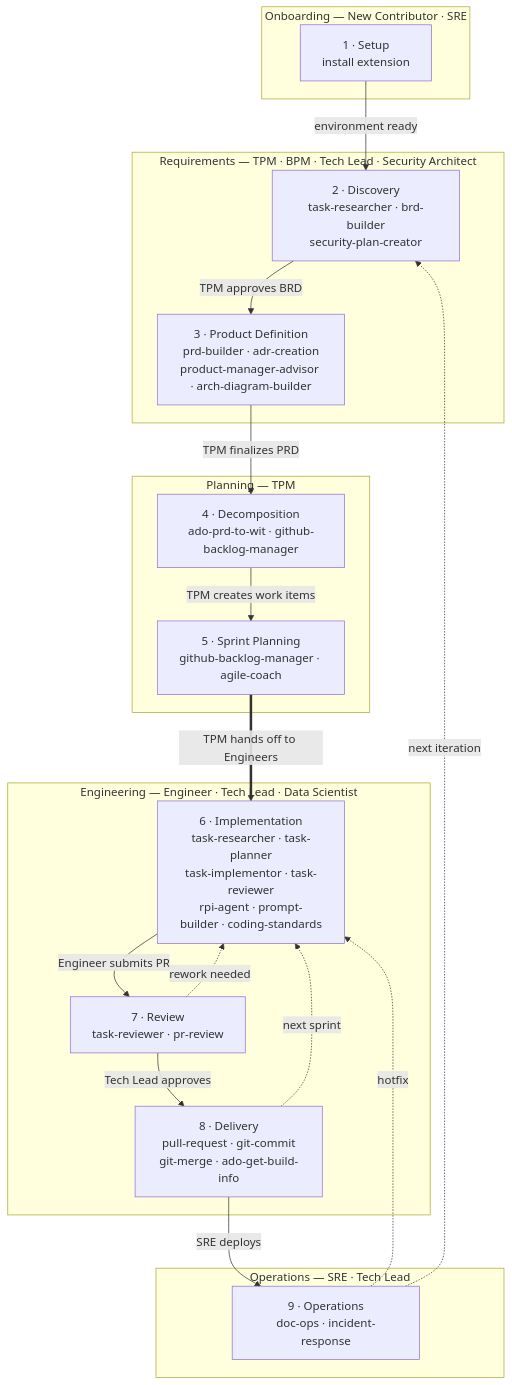
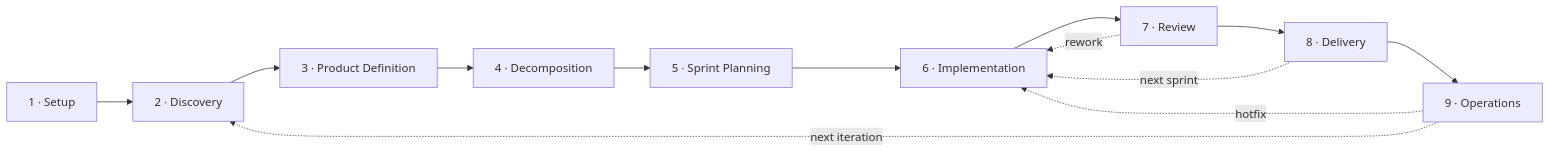
One commit to seekdavidlee/hve-core changed the first of 2 diagrams in docs/hve-guide/README.md. Above: the diagram before and after it, drawn with Mermaid. The commit also changed other lines of this file and 35 other files, not shown here.

````diff
--- a/docs/hve-guide/README.md
+++ b/docs/hve-guide/README.md
@@ -25,39 +25,15 @@
 ```mermaid
-flowchart TD
-    subgraph onboard["Onboarding — New Contributor · SRE"]
-        S1["1 · Setup<br/>install extension"]
-    end
-
-    subgraph requirements["Requirements — TPM · BPM · Tech Lead · Security Architect"]
-        S2["2 · Discovery<br/>task-researcher · brd-builder<br/>security-plan-creator"]
-        S3["3 · Product Definition<br/>prd-builder · adr-creation<br/>product-manager-advisor · arch-diagram-builder"]
-    end
-
-    subgraph planning["Planning — TPM"]
-        S4["4 · Decomposition<br/>ado-prd-to-wit · github-backlog-manager"]
-        S5["5 · Sprint Planning<br/>github-backlog-manager · agile-coach"]
-    end
-
-    subgraph engineering["Engineering — Engineer · Tech Lead · Data Scientist"]
-        S6["6 · Implementation<br/>task-researcher · task-planner<br/>task-implementor · task-reviewer<br/>rpi-agent · prompt-builder · coding-standards"]
-        S7["7 · Review<br/>task-reviewer · pr-review"]
-        S8["8 · Delivery<br/>pull-request · git-commit<br/>git-merge · ado-get-build-info"]
-    end
-
-    subgraph operations["Operations — SRE · Tech Lead"]
-        S9["9 · Operations<br/>doc-ops · incident-response"]
-    end
-
-    S1 -->|"environment ready"| S2
-    S2 -->|"TPM approves BRD"| S3
-    S3 -->|"TPM finalizes PRD"| S4
-    S4 -->|"TPM creates work items"| S5
-    S5 ==>|"TPM hands off to Engineers"| S6
-    S6 -->|"Engineer submits PR"| S7
-    S7 -->|"Tech Lead approves"| S8
-    S7 -.->|"rework needed"| S6
-    S8 -->|"SRE deploys"| S9
+flowchart LR
+    S1["1 · Setup"] --> S2["2 · Discovery"]
+    S2 --> S3["3 · Product Definition"]
+    S3 --> S4["4 · Decomposition"]
+    S4 --> S5["5 · Sprint Planning"]
+    S5 --> S6["6 · Implementation"]
+    S6 --> S7["7 · Review"]
+    S7 --> S8["8 · Delivery"]
+    S8 --> S9["9 · Operations"]
+    S7 -.->|"rework"| S6
     S8 -.->|"next sprint"| S6
     S9 -.->|"hotfix"| S6
     S9 -.->|"next iteration"| S2
 ```
````
